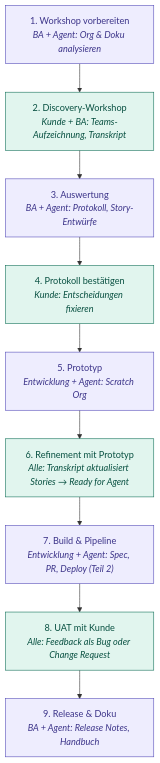
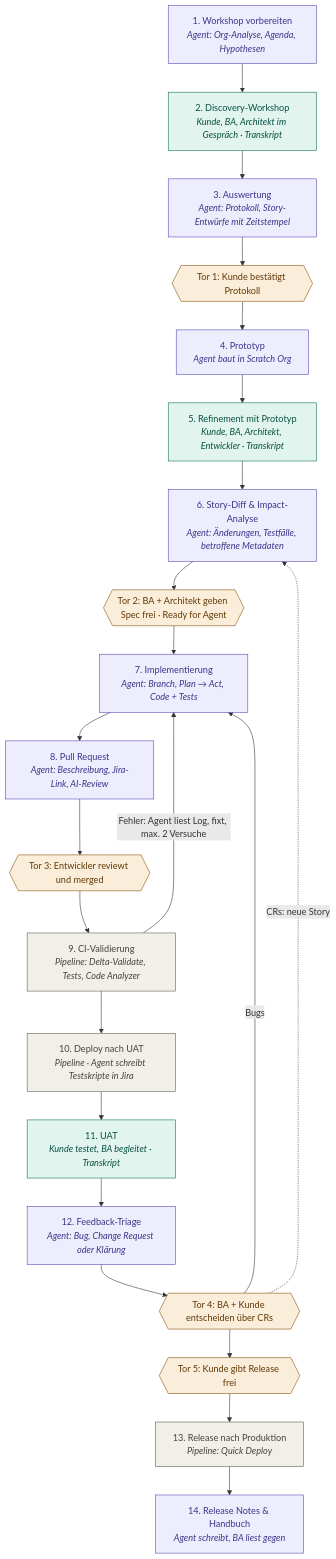
One commit to fkramer690/homepage changed the diagram in docs/konzepte/ai-native-salesforce-delivery.md. Above: the diagram before and after it, drawn with Mermaid. The commit also changed other lines of this file, not shown here.

First line of the commit message:
Konzeptnotiz: beide Prozessteile zusammengeführt, Person vs. Agent je Schritt

````diff
--- a/docs/konzepte/ai-native-salesforce-delivery.md
+++ b/docs/konzepte/ai-native-salesforce-delivery.md
@@ -20,18 +31,37 @@
 ```mermaid
 flowchart TD
-    A["1. Workshop vorbereiten<br/><i>BA + Agent: Org & Doku analysieren</i>"]
-    B["2. Discovery-Workshop<br/><i>Kunde + BA: Teams-Aufzeichnung, Transkript</i>"]
-    C["3. Auswertung<br/><i>BA + Agent: Protokoll, Story-Entwürfe</i>"]
-    D["4. Protokoll bestätigen<br/><i>Kunde: Entscheidungen fixieren</i>"]
-    E["5. Prototyp<br/><i>Entwicklung + Agent: Scratch Org</i>"]
-    F["6. Refinement mit Prototyp<br/><i>Alle: Transkript aktualisiert Stories → Ready for Agent</i>"]
-    G["7. Build & Pipeline<br/><i>Entwicklung + Agent: Spec, PR, Deploy (Teil 2)</i>"]
-    H["8. UAT mit Kunde<br/><i>Alle: Feedback als Bug oder Change Request</i>"]
-    I["9. Release & Doku<br/><i>BA + Agent: Release Notes, Handbuch</i>"]
-    A --> B --> C --> D --> E --> F --> G --> H --> I
+    S1["1. Workshop vorbereiten<br/><i>Agent: Org-Analyse, Agenda, Hypothesen</i>"]
+    S2["2. Discovery-Workshop<br/><i>Kunde, BA, Architekt im Gespräch · Transkript</i>"]
+    S3["3. Auswertung<br/><i>Agent: Protokoll, Story-Entwürfe mit Zeitstempel</i>"]
+    G1{{"Tor 1: Kunde bestätigt Protokoll"}}
+    S4["4. Prototyp<br/><i>Agent baut in Scratch Org</i>"]
+    S5["5. Refinement mit Prototyp<br/><i>Kunde, BA, Architekt, Entwickler · Transkript</i>"]
+    S6["6. Story-Diff & Impact-Analyse<br/><i>Agent: Änderungen, Testfälle, betroffene Metadaten</i>"]
+    G2{{"Tor 2: BA + Architekt geben Spec frei · Ready for Agent"}}
+    S7["7. Implementierung<br/><i>Agent: Branch, Plan → Act, Code + Tests</i>"]
+    S8["8. Pull Request<br/><i>Agent: Beschreibung, Jira-Link, AI-Review</i>"]
+    G3{{"Tor 3: Entwickler reviewt und merged"}}
+    S9["9. CI-Validierung<br/><i>Pipeline: Delta-Validate, Tests, Code Analyzer</i>"]
+    S10["10. Deploy nach UAT<br/><i>Pipeline · Agent schreibt Testskripte in Jira</i>"]
+    S11["11. UAT<br/><i>Kunde testet, BA begleitet · Transkript</i>"]
+    S12["12. Feedback-Triage<br/><i>Agent: Bug, Change Request oder Klärung</i>"]
+    G4{{"Tor 4: BA + Kunde entscheiden über CRs"}}
+    G5{{"Tor 5: Kunde gibt Release frei"}}
+    S13["13. Release nach Produktion<br/><i>Pipeline: Quick Deploy</i>"]
+    S14["14. Release Notes & Handbuch<br/><i>Agent schreibt, BA liest gegen</i>"]
+
+    S1 --> S2 --> S3 --> G1 --> S4 --> S5 --> S6 --> G2 --> S7 --> S8 --> G3 --> S9
+    S9 -- "Fehler: Agent liest Log, fixt, max. 2 Versuche" --> S7
+    S9 --> S10 --> S11 --> S12 --> G4 --> G5 --> S13 --> S14
+    G4 -- "Bugs" --> S7
+    G4 -. "CRs: neue Story" .-> S6
 
     classDef agent fill:#EEEDFE,stroke:#534AB7,color:#3C3489
-    classDef kunde fill:#E1F5EE,stroke:#0F6E56,color:#085041
-    class A,C,E,G,I agent
-    class B,D,F,H kunde
+    classDef meeting fill:#E1F5EE,stroke:#0F6E56,color:#085041
+    classDef gate fill:#FAEEDA,stroke:#854F0B,color:#633806
+    classDef pipe fill:#F1EFE8,stroke:#5F5E5A,color:#444441
+    class S1,S3,S4,S6,S7,S8,S12,S14 agent
+    class S2,S5,S11 meeting
+    class G1,G2,G3,G4,G5 gate
+    class S9,S10,S13 pipe
 ```
````
